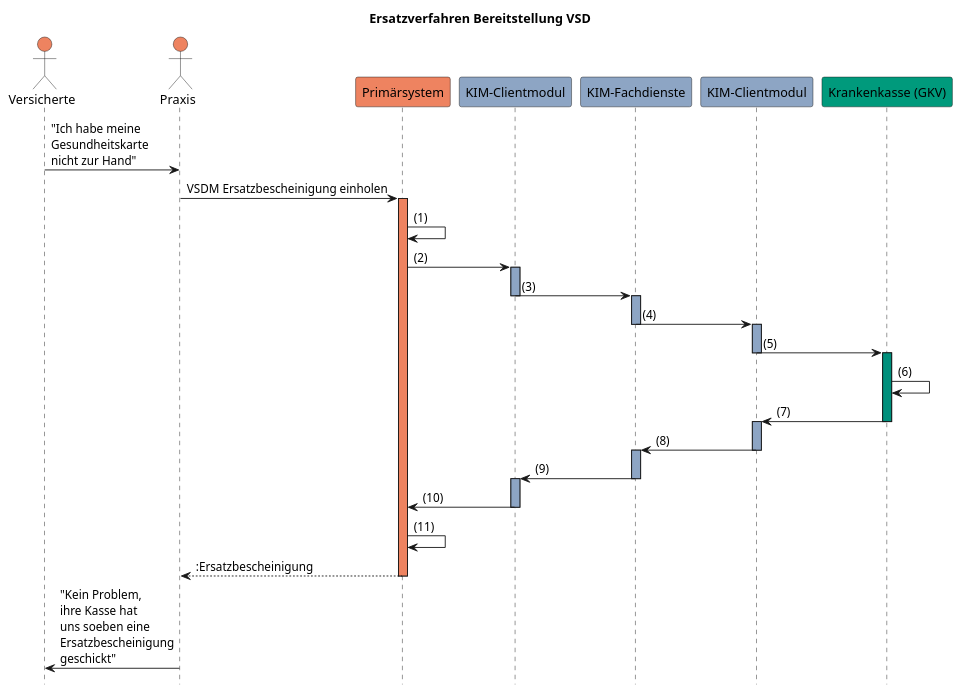
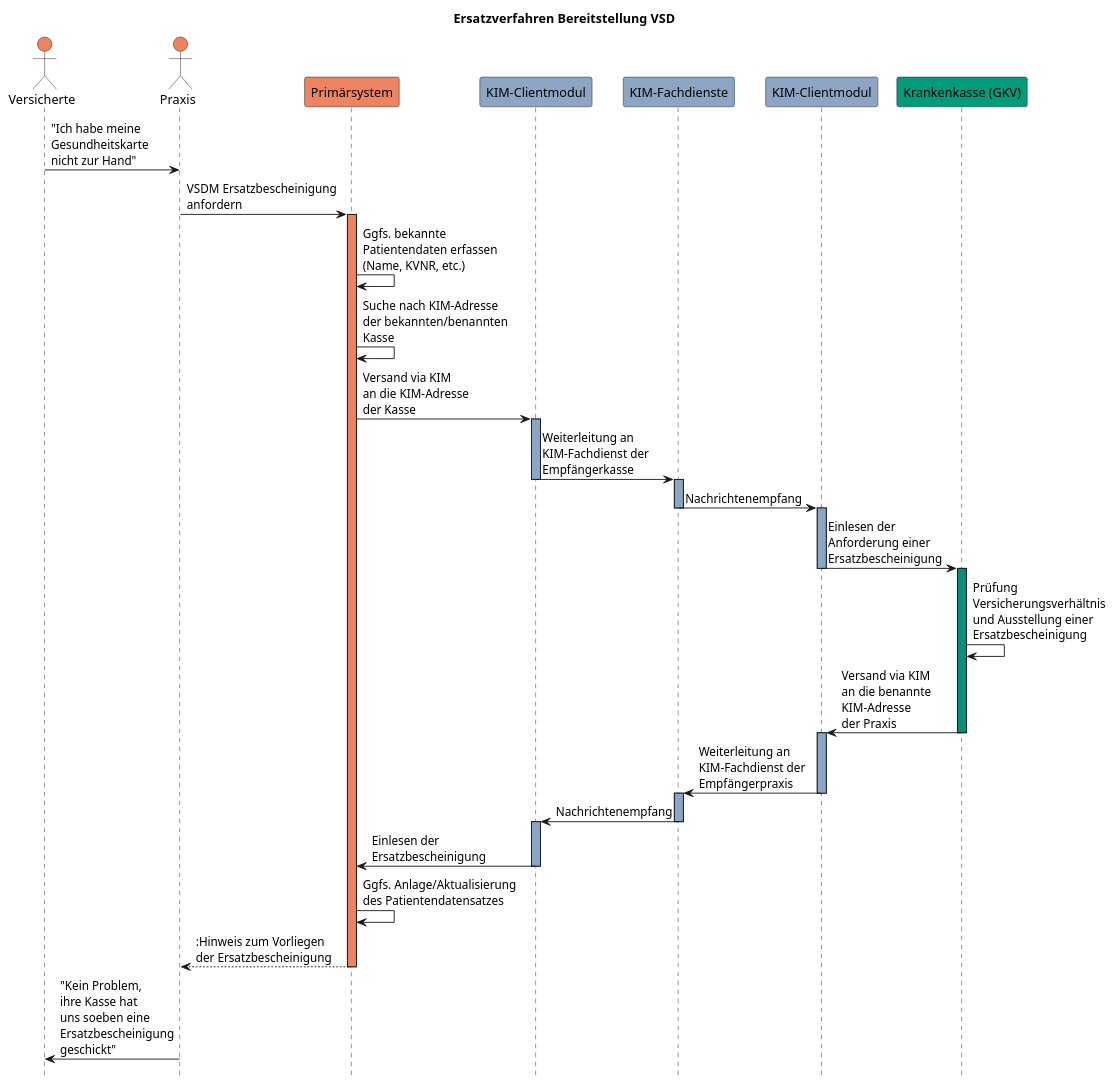
Before and after one commit to gematik/spec-VSDM-Ersatzbescheinigung: the diagram in ImplementationGuide/images/gkv_ersatzverfahren.puml, drawn with PlantUML. The commit also changed 4 other files, not shown here.

Commit message:
Update diagrams

```diff
--- a/ImplementationGuide/images/gkv_ersatzverfahren.puml
+++ b/ImplementationGuide/images/gkv_ersatzverfahren.puml
@@ -1,44 +1,45 @@
 @startuml gkv_ersatzverfahren
 hide footbox
 title Ersatzverfahren Bereitstellung VSD
 actor Vers as "Versicherte" #ee8360
 actor LE as "Praxis" #ee8360
 participant PVS as "Primärsystem" #ee8360
 participant KIMCM1 as "KIM-Clientmodul" #8da5c4
 participant KIMFD as "KIM-Fachdienste" #8da5c4
 participant KIMCM2 as "KIM-Clientmodul" #8da5c4
 participant Kasse as "Krankenkasse (GKV)" #009a7c
 
 Vers -> LE: "Ich habe meine\nGesundheitskarte\nnicht zur Hand"
-LE -> PVS: VSDM Ersatzbescheinigung einholen
+LE -> PVS: VSDM Ersatzbescheinigung\nanfordern
 activate PVS #ee8360
-PVS -> PVS: (1)
-PVS -> KIMCM1: (2)
+PVS -> PVS: Ggfs. bekannte\nPatientendaten erfassen\n(Name, KVNR, etc.)
+PVS -> PVS: Suche nach KIM-Adresse\nder bekannten/benannten\nKasse
+PVS -> KIMCM1: Versand via KIM\nan die KIM-Adresse\nder Kasse
 activate KIMCM1 #8da5c4
-KIMCM1 -> KIMFD: (3)
+KIMCM1 -> KIMFD: Weiterleitung an\nKIM-Fachdienst der\nEmpfängerkasse
 deactivate KIMCM1
 activate KIMFD #8da5c4
-KIMFD -> KIMCM2: (4)
+KIMFD -> KIMCM2: Nachrichtenempfang
 deactivate KIMFD
 activate KIMCM2 #8da5c4
-KIMCM2 -> Kasse: (5)
+KIMCM2 -> Kasse: Einlesen der\nAnforderung einer\nErsatzbescheinigung
 deactivate KIMCM2
 activate Kasse #00907c
-Kasse -> Kasse: (6)
-Kasse -> KIMCM2: (7)
+Kasse -> Kasse: Prüfung\nVersicherungsverhältnis\nund Ausstellung einer\nErsatzbescheinigung
+Kasse -> KIMCM2: Versand via KIM\nan die benannte\nKIM-Adresse\nder Praxis
 deactivate Kasse
 activate KIMCM2 #8da5c4
-KIMCM2 -> KIMFD: (8)
+KIMCM2 -> KIMFD: Weiterleitung an\nKIM-Fachdienst der\nEmpfängerpraxis
 deactivate KIMCM2
 activate KIMFD #8da5c4
-KIMFD -> KIMCM1: (9)
+KIMFD -> KIMCM1: Nachrichtenempfang
 deactivate KIMFD
 activate KIMCM1 #8da5c4
-KIMCM1 -> PVS: (10)
+KIMCM1 -> PVS: Einlesen der\nErsatzbescheinigung
 deactivate KIMCM1
-PVS -> PVS: (11)
-PVS --> LE: :Ersatzbescheinigung
+PVS -> PVS: Ggfs. Anlage/Aktualisierung\ndes Patientendatensatzes
+PVS --> LE: :Hinweis zum Vorliegen\nder Ersatzbescheinigung
 deactivate PVS
 LE -> Vers: "Kein Problem,\nihre Kasse hat\nuns soeben eine\nErsatzbescheinigung\ngeschickt"
 
 @enduml
```
